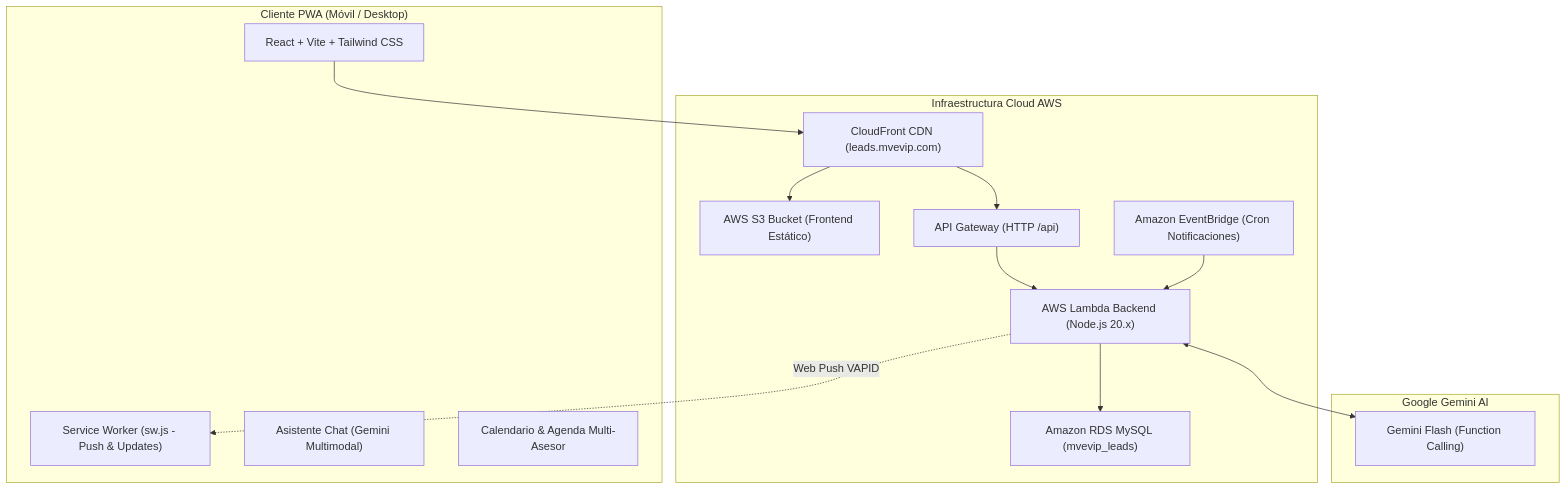
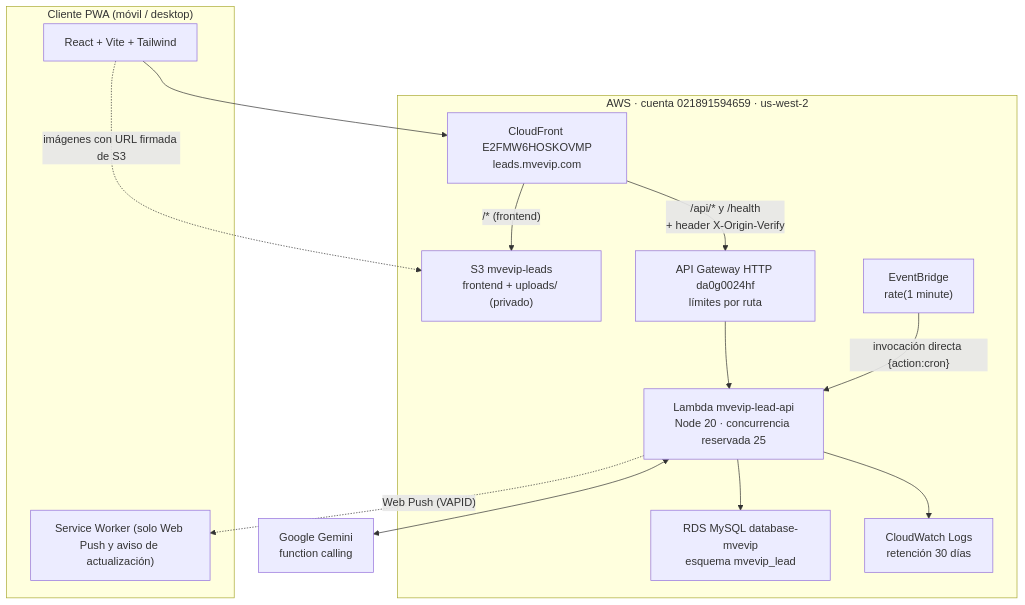
Before and after one commit to mvevip/mvevip-leads-app: the diagram in MEMORIA_TECNICA.md, drawn with Mermaid. The commit also changed other lines of this file and 3 other files, not shown here.

````diff
--- a/MEMORIA_TECNICA.md
+++ b/MEMORIA_TECNICA.md
@@ -23,31 +25,30 @@
 ```mermaid
 flowchart TD
-    subgraph Cliente ["Cliente PWA (Móvil / Desktop)"]
-        UI["React + Vite + Tailwind CSS"]
-        SW["Service Worker (sw.js - Push & Updates)"]
-        Chat["Asistente Chat (Gemini Multimodal)"]
-        Agenda["Calendario & Agenda Multi-Asesor"]
+    subgraph Cliente ["Cliente PWA (móvil / desktop)"]
+        UI["React + Vite + Tailwind"]
+        SW["Service Worker (solo Web Push y aviso de actualización)"]
     end
 
-    subgraph AWS ["Infraestructura Cloud AWS"]
-        CF["CloudFront CDN (leads.mvevip.com)"]
-        S3["AWS S3 Bucket (Frontend Estático)"]
-        API_GW["API Gateway (HTTP /api)"]
-        Lambda["AWS Lambda Backend (Node.js 20.x)"]
-        EventBridge["Amazon EventBridge (Cron Notificaciones)"]
-        RDS["Amazon RDS MySQL (mvevip_leads)"]
+    subgraph AWS ["AWS · cuenta 021891594659 · us-west-2"]
+        CF["CloudFront E2FMW6HOSKOVMP<br/>leads.mvevip.com"]
+        S3["S3 mvevip-leads<br/>frontend + uploads/ (privado)"]
+        APIGW["API Gateway HTTP da0g0024hf<br/>límites por ruta"]
+        Lambda["Lambda mvevip-lead-api<br/>Node 20 · concurrencia reservada 25"]
+        EB["EventBridge<br/>rate(1 minute)"]
+        RDS["RDS MySQL database-mvevip<br/>esquema mvevip_lead"]
+        CW["CloudWatch Logs<br/>retención 30 días"]
     end
 
-    subgraph IA ["Google Gemini AI"]
-        GeminiFlash["Gemini Flash (Function Calling)"]
-    end
+    Gemini["Google Gemini<br/>function calling"]
 
     UI --> CF
-    CF --> S3
-    CF --> API_GW
-    API_GW --> Lambda
+    CF -->|"/* (frontend)"| S3
+    CF -->|"/api/* y /health<br/>+ header X-Origin-Verify"| APIGW
+    APIGW --> Lambda
+    EB -->|"invocación directa {action:cron}"| Lambda
     Lambda --> RDS
-    Lambda <--> GeminiFlash
-    EventBridge --> Lambda
-    Lambda -.->|Web Push VAPID| SW
+    Lambda <--> Gemini
+    Lambda --> CW
+    Lambda -.->|"Web Push (VAPID)"| SW
+    UI -.->|"imágenes con URL firmada de S3"| S3
 ```
````
